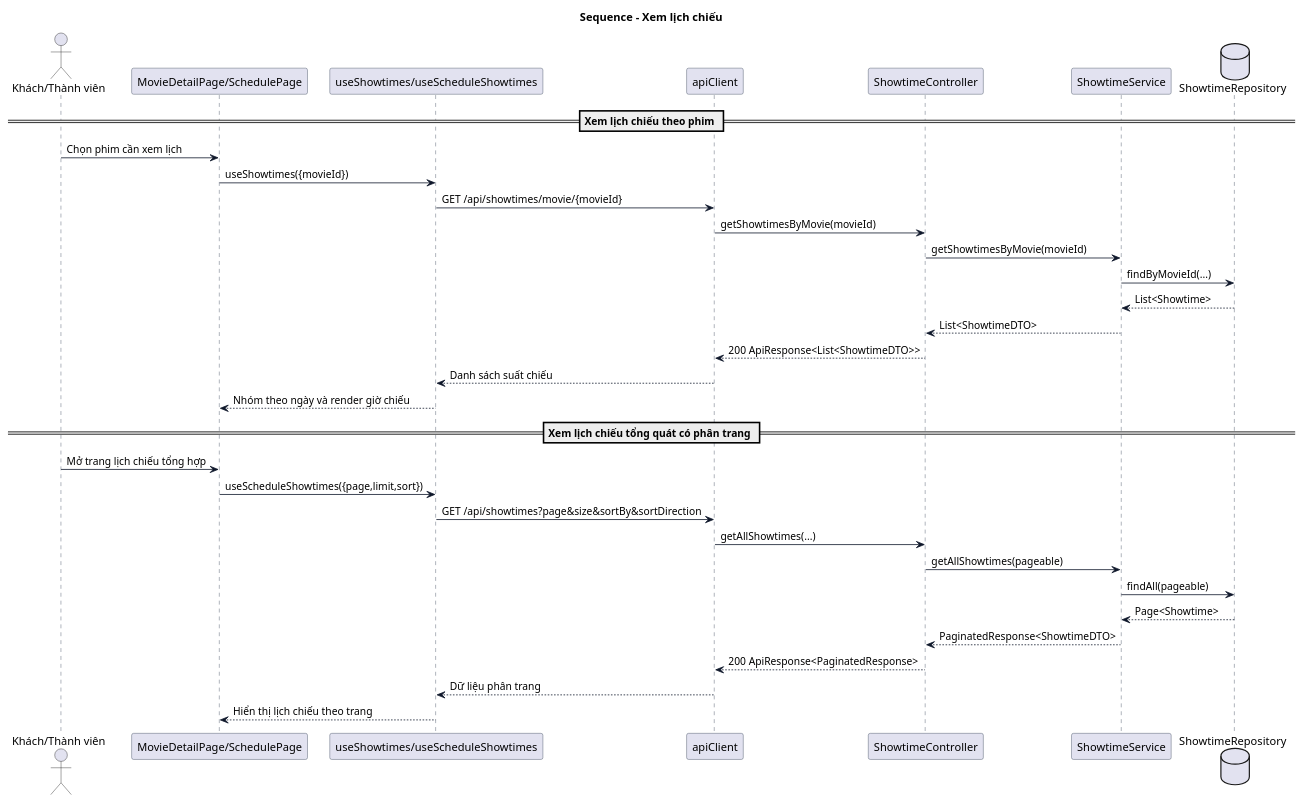
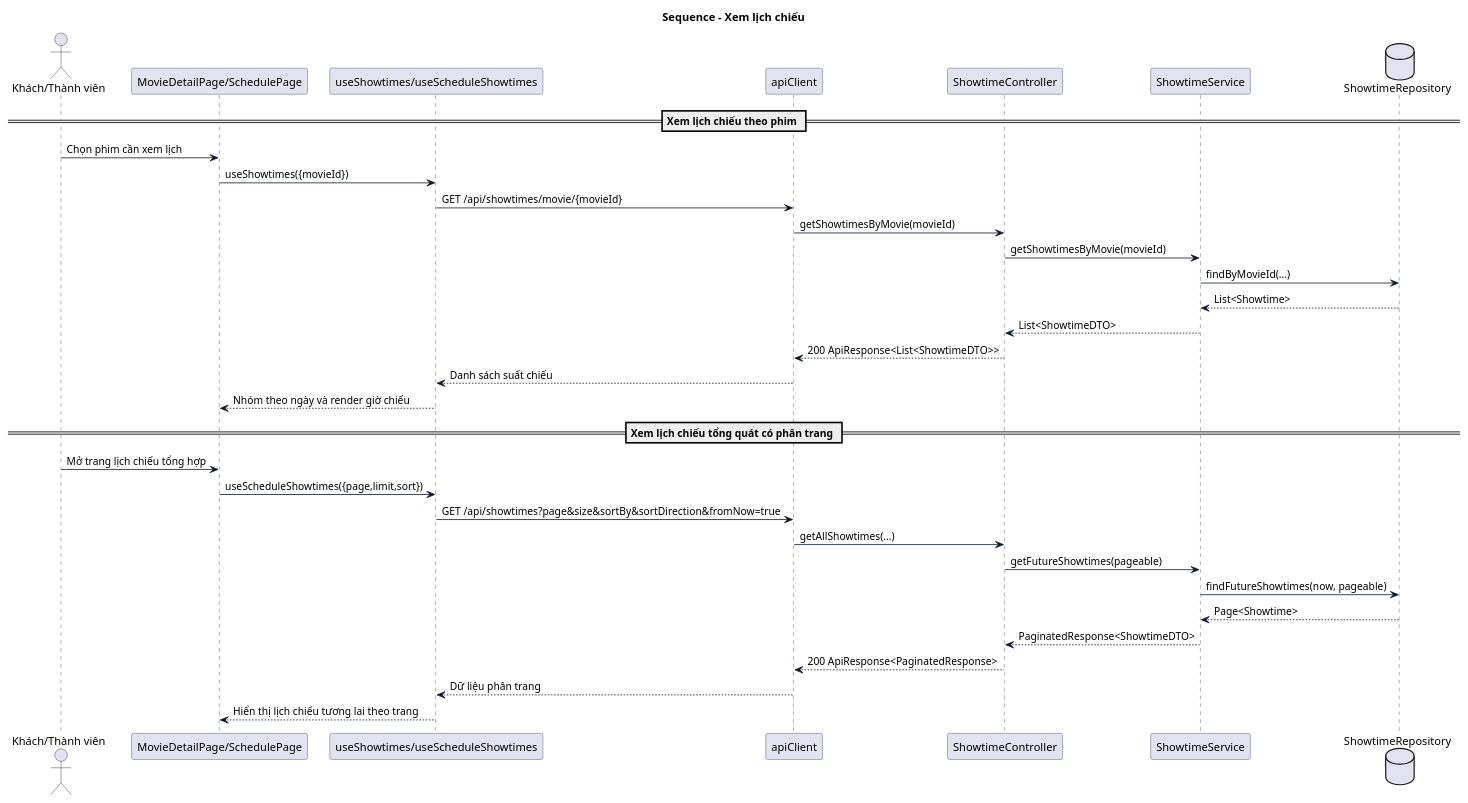
Before and after one commit to minhat5/MeCinema: the diagram in uml/sequence/sequence-view-showtimes.puml, drawn with PlantUML. The commit also changed 6 other files, not shown here.

Commit message:
fix showtimes display for user in future

```diff
--- a/uml/sequence/sequence-view-showtimes.puml
+++ b/uml/sequence/sequence-view-showtimes.puml
@@ -1,45 +1,45 @@
 @startuml
 skinparam shadowing false
 skinparam sequence {
   ArrowColor #0F172A
   LifeLineBorderColor #334155
   LifeLineBackgroundColor #F8FAFC
   ParticipantBorderColor #334155
 }
 
 title Sequence - Xem lịch chiếu
 
 actor User as "Khách/Thành viên"
 participant UI as "MovieDetailPage/SchedulePage"
 participant Hook as "useShowtimes/useScheduleShowtimes"
 participant API as "apiClient"
 participant Ctl as "ShowtimeController"
 participant Svc as "ShowtimeService"
 database Repo as "ShowtimeRepository"
 
 == Xem lịch chiếu theo phim ==
 User -> UI: Chọn phim cần xem lịch
 UI -> Hook: useShowtimes({movieId})
 Hook -> API: GET /api/showtimes/movie/{movieId}
 API -> Ctl: getShowtimesByMovie(movieId)
 Ctl -> Svc: getShowtimesByMovie(movieId)
 Svc -> Repo: findByMovieId(...)
 Repo --> Svc: List<Showtime>
 Svc --> Ctl: List<ShowtimeDTO>
 Ctl --> API: 200 ApiResponse<List<ShowtimeDTO>>
 API --> Hook: Danh sách suất chiếu
 Hook --> UI: Nhóm theo ngày và render giờ chiếu
 
 == Xem lịch chiếu tổng quát có phân trang ==
 User -> UI: Mở trang lịch chiếu tổng hợp
 UI -> Hook: useScheduleShowtimes({page,limit,sort})
-Hook -> API: GET /api/showtimes?page&size&sortBy&sortDirection
+Hook -> API: GET /api/showtimes?page&size&sortBy&sortDirection&fromNow=true
 API -> Ctl: getAllShowtimes(...)
-Ctl -> Svc: getAllShowtimes(pageable)
-Svc -> Repo: findAll(pageable)
+Ctl -> Svc: getFutureShowtimes(pageable)
+Svc -> Repo: findFutureShowtimes(now, pageable)
 Repo --> Svc: Page<Showtime>
 Svc --> Ctl: PaginatedResponse<ShowtimeDTO>
 Ctl --> API: 200 ApiResponse<PaginatedResponse>
 API --> Hook: Dữ liệu phân trang
-Hook --> UI: Hiển thị lịch chiếu theo trang
+Hook --> UI: Hiển thị lịch chiếu tương lai theo trang
 @enduml
```
